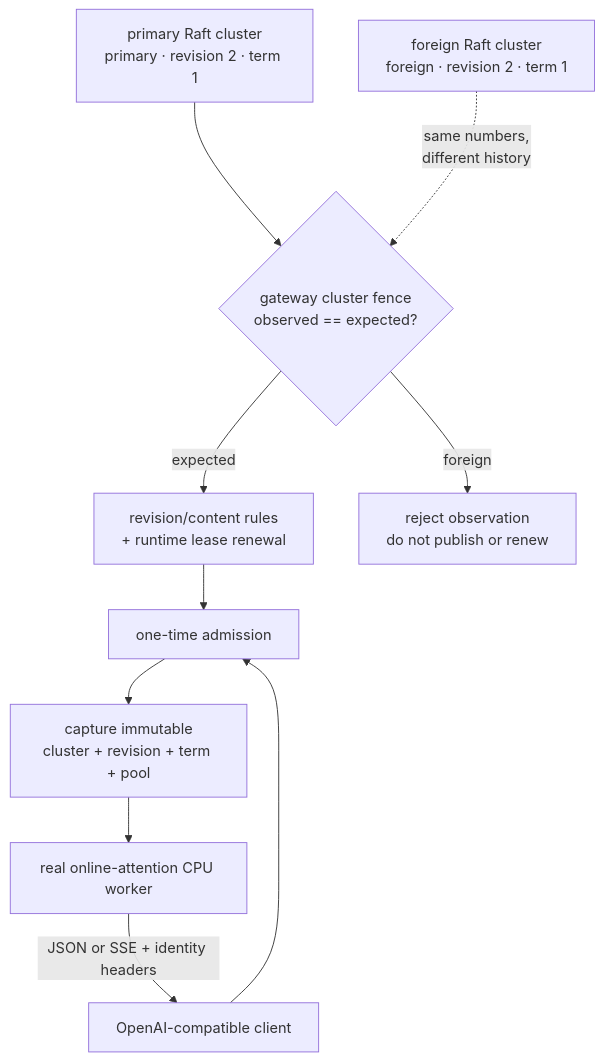
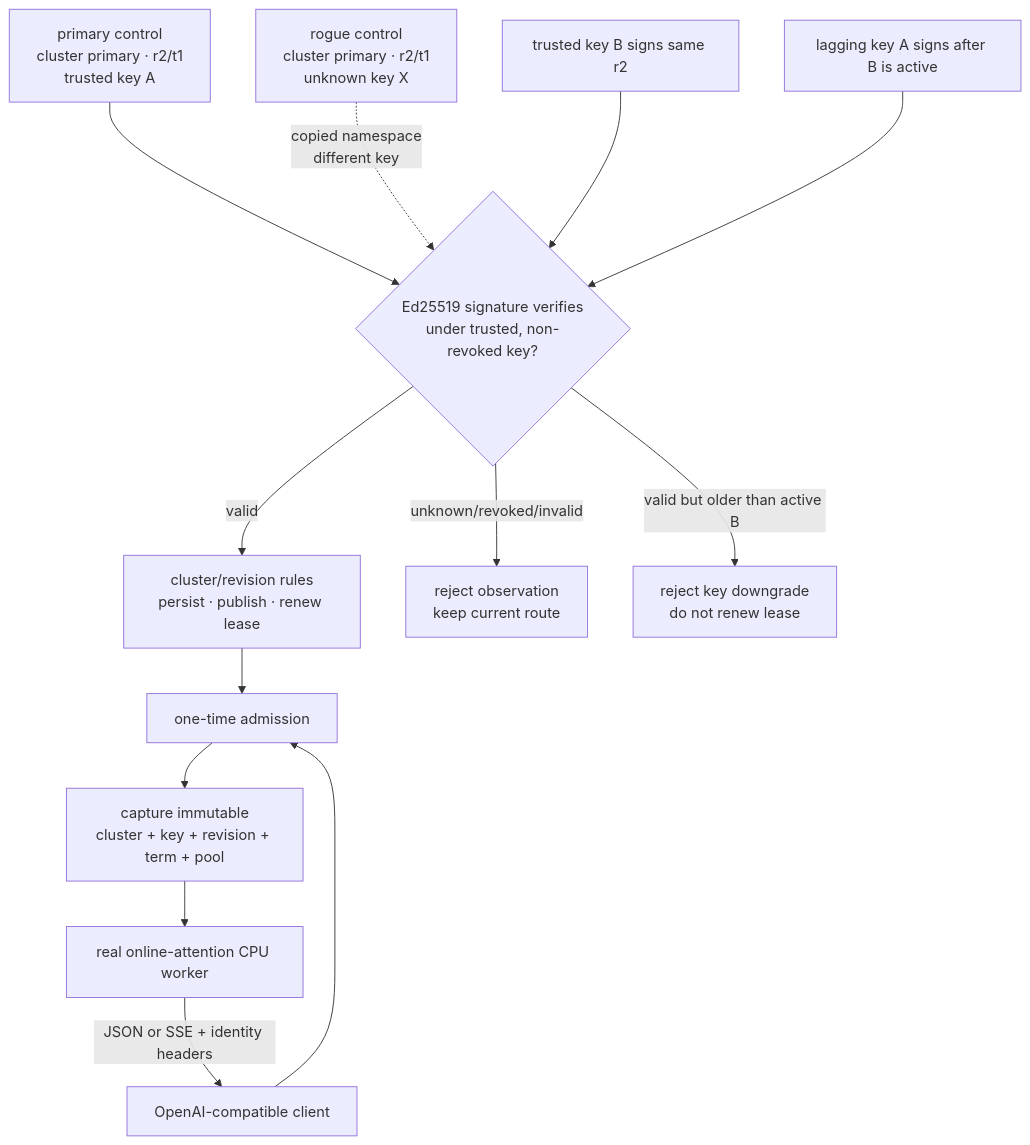
The diagram in README.md (conan505/inferLab), drawn with Mermaid before and after one commit. The commit also changed other lines of this file and 67 other files, not shown here.

````diff
--- a/README.md
+++ b/README.md
@@ -14,12 +14,15 @@
 ```mermaid
 flowchart TD
-    P["primary Raft cluster<br/>primary · revision 2 · term 1"] --> F{"gateway cluster fence<br/>observed == expected?"}
-    X["foreign Raft cluster<br/>foreign · revision 2 · term 1"] -. "same numbers,<br/>different history" .-> F
-    F -->|"expected"| L["revision/content rules<br/>+ runtime lease renewal"]
-    F -->|"foreign"| R["reject observation<br/>do not publish or renew"]
+    P["primary control<br/>cluster primary · r2/t1<br/>trusted key A"] --> V{"Ed25519 signature verifies<br/>under trusted, non-revoked key?"}
+    X["rogue control<br/>cluster primary · r2/t1<br/>unknown key X"] -. "copied namespace<br/>different key" .-> V
+    V -->|"valid"| L["cluster/revision rules<br/>persist · publish · renew lease"]
+    V -->|"unknown/revoked/invalid"| R["reject observation<br/>keep current route"]
+    B["trusted key B signs same r2"] --> V
+    A2["lagging key A signs after B is active"] --> V
+    V -->|"valid but older than active B"| D["reject key downgrade<br/>do not renew lease"]
     C["OpenAI-compatible client"] --> A["one-time admission"]
     L --> A
-    A --> S["capture immutable<br/>cluster + revision + term + pool"]
+    A --> S["capture immutable<br/>cluster + key + revision + term + pool"]
     S --> W["real online-attention CPU worker"]
     W -->|"JSON or SSE + identity headers"| C
 ```
````
